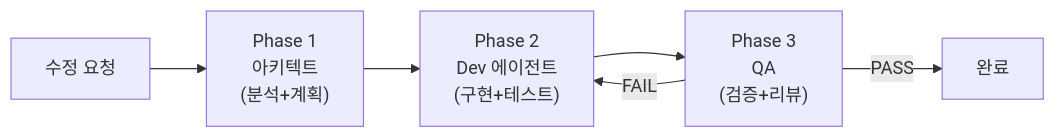
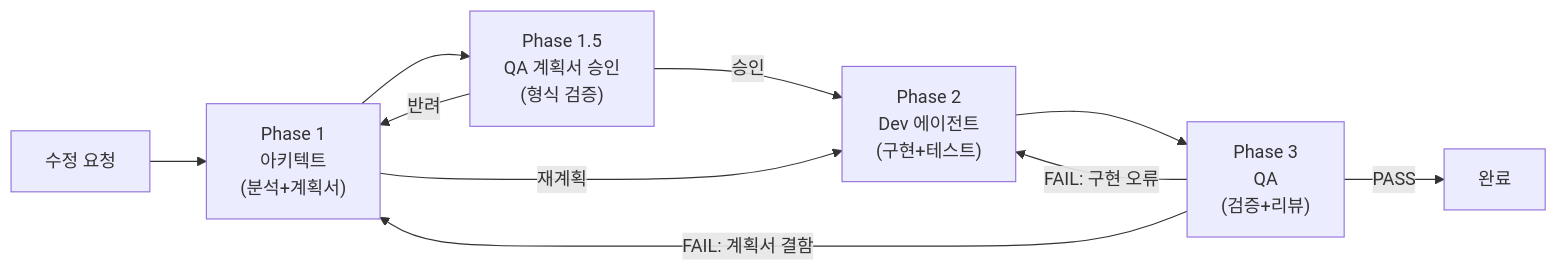
One commit to k82022603/RummiArena changed the diagram in .claude/skills/code-fix/SKILL.md. Above: the diagram before and after it, drawn with Mermaid. The commit also changed other lines of this file and 23 other files, not shown here.

````diff
--- a/.claude/skills/code-fix/SKILL.md
+++ b/.claude/skills/code-fix/SKILL.md
@@ -14,8 +14,12 @@
 ```mermaid
 flowchart LR
-    REQ["수정 요청"] --> ARCH["Phase 1\n아키텍트\n(분석+계획)"]
-    ARCH --> DEV["Phase 2\nDev 에이전트\n(구현+테스트)"]
+    REQ["수정 요청"] --> ARCH["Phase 1\n아키텍트\n(분석+계획서)"]
+    ARCH --> QAP1["Phase 1.5\nQA 계획서 승인\n(형식 검증)"]
+    QAP1 -->|반려| ARCH
+    QAP1 -->|승인| DEV["Phase 2\nDev 에이전트\n(구현+테스트)"]
     DEV --> QA["Phase 3\nQA\n(검증+리뷰)"]
     QA -->|PASS| DONE["완료"]
-    QA -->|FAIL| DEV
+    QA -->|"FAIL: 구현 오류"| DEV
+    QA -->|"FAIL: 계획서 결함"| ARCH
+    ARCH -->|재계획| DEV
 ```
````
